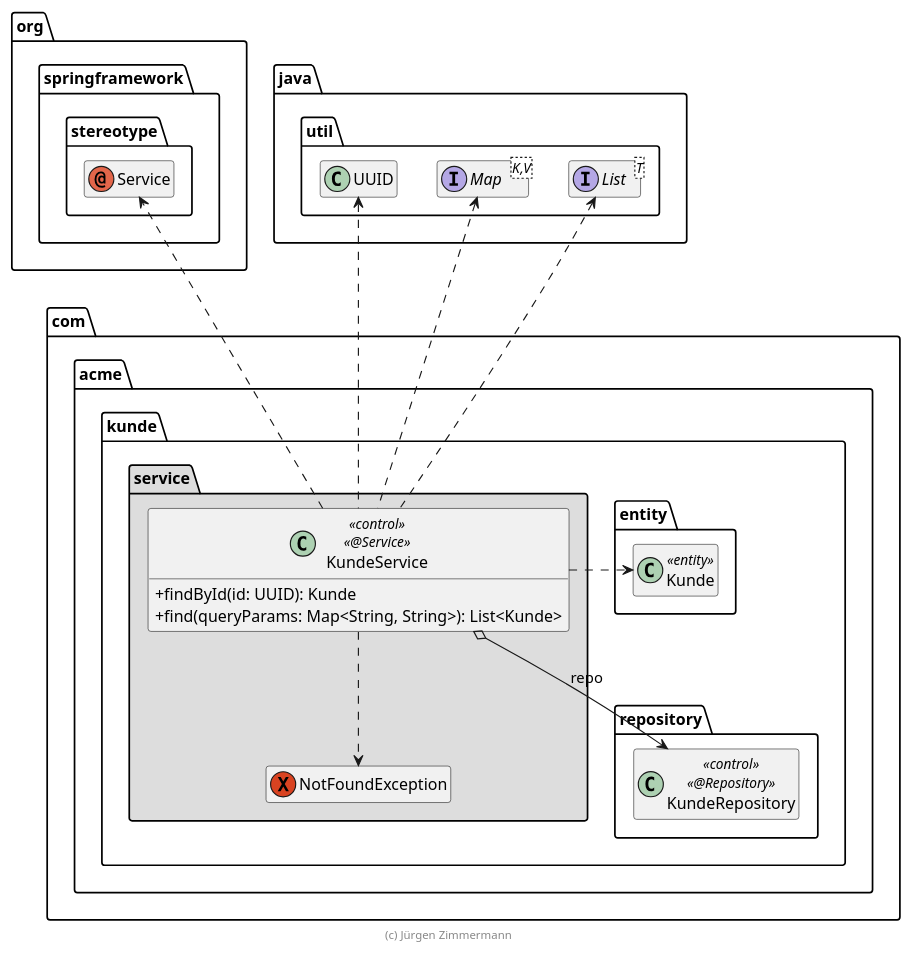
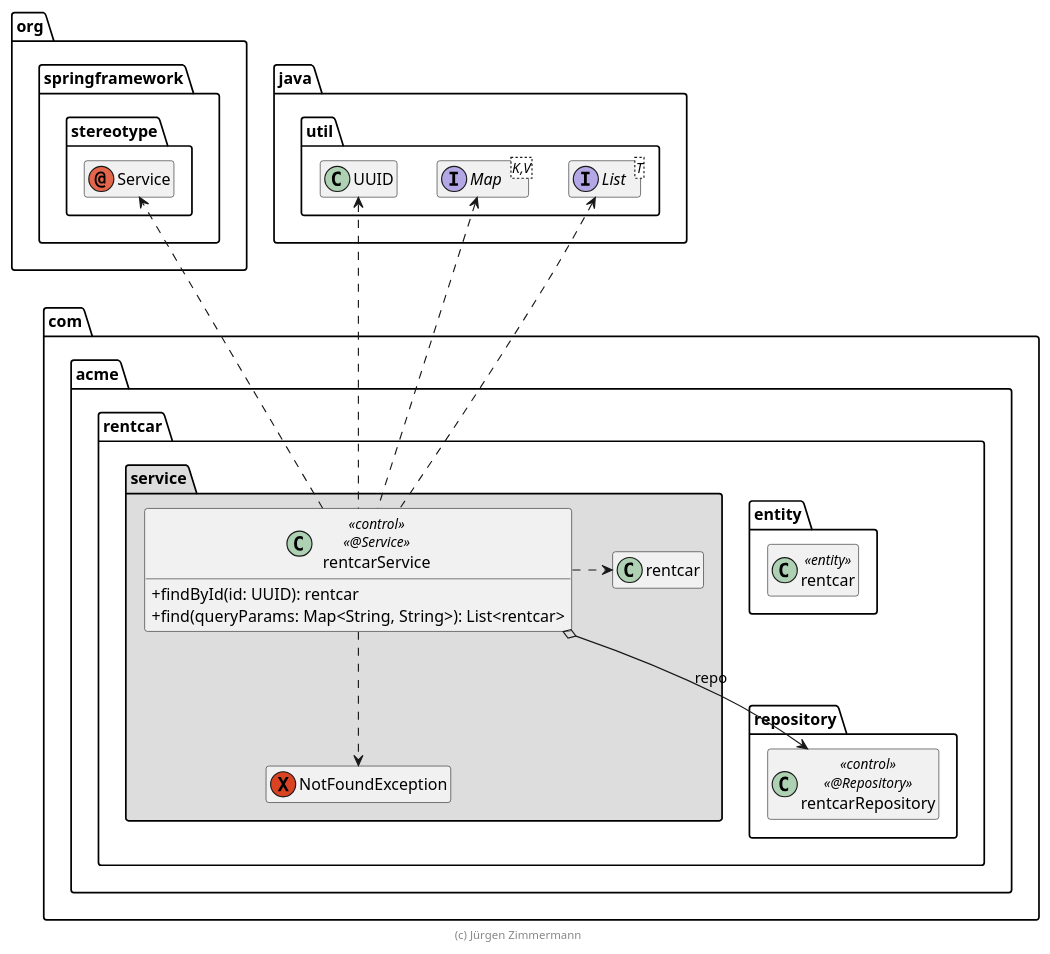
The diagram in extras/doc/KundeService.plantuml (lfsrrr/rentcar), drawn with PlantUML before and after one commit. The commit also changed 120 other files, not shown here.

First line of the commit message:
Rename project from 'kunde' to 'rentcar'

```diff
--- a/extras/doc/KundeService.plantuml
+++ b/extras/doc/KundeService.plantuml
@@ -15,53 +15,53 @@
-@startuml KundeService
+@startuml rentcarService
 
 skinparam classAttributeIconSize 0
 
 package org.springframework.stereotype {
     annotation Service
 }
 
 package java.util {
     interface List<T>
     interface Map<K,V>
     class UUID
 
     UUID .left[hidden].> Service
 }
 
-package com.acme.kunde {
+package com.acme.rentcar {
     package entity {
-        class Kunde << entity >>
+        class rentcar << entity >>
 
-        Kunde .up[hidden].> List
+        rentcar .up[hidden].> List
     }
 
     package repository {
-        class KundeRepository << control >> << @Repository >>
+        class rentcarRepository << control >> << @Repository >>
     }
 
     package service #DDDDDD {
         ' TODO Gradle: "exception" wird erst AsciiDoctor_plugin 5.x unterstuetzt
         exception NotFoundException
 
-        class KundeService << control >> << @Service >> {
-            + findById(id: UUID): Kunde
-            + find(queryParams: Map<String, String>): List<Kunde>
+        class rentcarService << control >> << @Service >> {
+            + findById(id: UUID): rentcar
+            + find(queryParams: Map<String, String>): List<rentcar>
         }
 
-        KundeService o--> KundeRepository : repo
+        rentcarService o--> rentcarRepository : repo
 
-        KundeService .right.> Kunde
-        KundeService ..> Service
-        KundeService .up.> UUID
-        KundeService .up> List
-        KundeService .up.> Map
+        rentcarService .right.> rentcar
+        rentcarService ..> Service
+        rentcarService .up.> UUID
+        rentcarService .up> List
+        rentcarService .up.> Map
 
-        KundeService ..> NotFoundException
+        rentcarService ..> NotFoundException
     }
 }
 
 hide empty members
 
 footer (c) Jürgen Zimmermann
 
 @enduml
```
